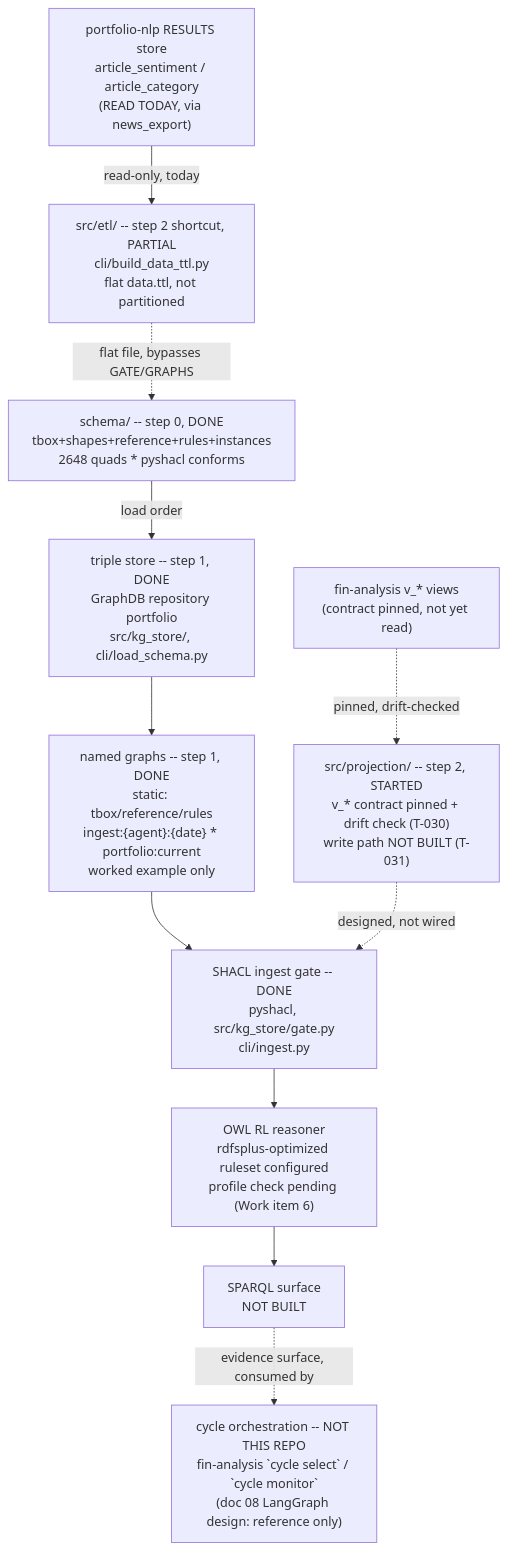
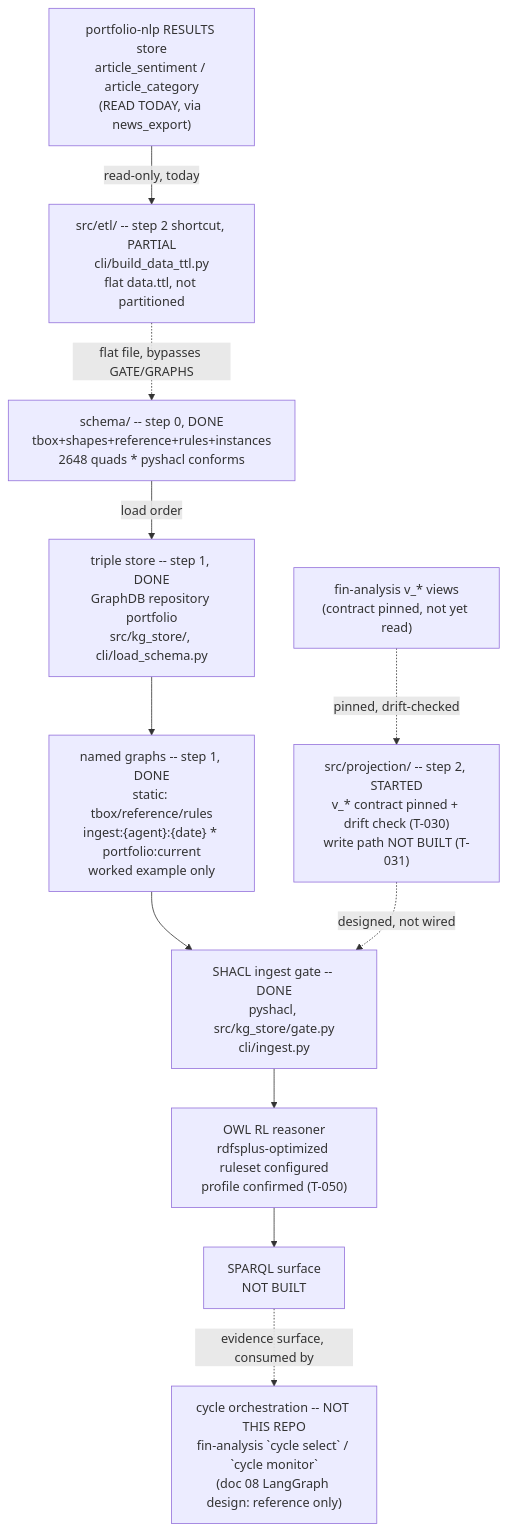
The diagram in .specify/memory/SPEC.md (gamug/portfolio-knowledge-graph), drawn with Mermaid before and after one commit. The commit also changed other lines of this file and 2 other files, not shown here.

Commit message:
docs: close T-050, the store's native ruleset is the 07 reasoning profile
GraphDB's rdfsplus-optimized ruleset with disableSameAs is the RDFS+/OWL 2 RL
profile docs/07 asks for, so no external reasoner is wired. Evidence is the
2026-10-12 verify_store reasoning check (41 inferred :Observation, 0 asserted,
two subClassOf steps followed) and no propertyChainAxiom in tbox.ttl. No store
run in this change. That no property chain fires is left to T-053.

````diff
--- a/.specify/memory/SPEC.md
+++ b/.specify/memory/SPEC.md
@@ -718,22 +718,22 @@
 ```mermaid
 flowchart TB
     SCHEMA["schema/ -- step 0, DONE<br/>tbox+shapes+reference+rules+instances<br/>2648 quads * pyshacl conforms"]
     STORE["triple store -- step 1, DONE<br/>GraphDB repository portfolio<br/>src/kg_store/, cli/load_schema.py"]
     GRAPHS["named graphs -- step 1, DONE<br/>static: tbox/reference/rules<br/>ingest:{agent}:{date} * portfolio:current<br/>worked example only"]
     GATE["SHACL ingest gate -- DONE<br/>pyshacl, src/kg_store/gate.py<br/>cli/ingest.py"]
     PROJ["src/projection/ -- step 2, STARTED<br/>v_* contract pinned + drift check (T-030)<br/>write path NOT BUILT (T-031)"]
     FIN["fin-analysis v_* views<br/>(contract pinned, not yet read)"]
     NLPRES["portfolio-nlp RESULTS store<br/>article_sentiment / article_category<br/>(READ TODAY, via news_export)"]
     ETL["src/etl/ -- step 2 shortcut, PARTIAL<br/>cli/build_data_ttl.py<br/>flat data.ttl, not partitioned"]
-    REASON["OWL RL reasoner<br/>rdfsplus-optimized ruleset configured<br/>profile check pending (Work item 6)"]
+    REASON["OWL RL reasoner<br/>rdfsplus-optimized ruleset configured<br/>profile confirmed (T-050)"]
     SPARQL["SPARQL surface<br/>NOT BUILT"]
     AGENTS["cycle orchestration -- NOT THIS REPO<br/>fin-analysis `cycle select` / `cycle monitor`<br/>(doc 08 LangGraph design: reference only)"]
 
     SCHEMA -->|load order| STORE --> GRAPHS --> GATE
     FIN -.->|pinned, drift-checked| PROJ
     PROJ -.->|designed, not wired| GATE
     NLPRES -->|read-only, today| ETL
     ETL -.->|flat file, bypasses GATE/GRAPHS| SCHEMA
     GATE --> REASON --> SPARQL
     SPARQL -.->|evidence surface, consumed by| AGENTS
 ```
````
